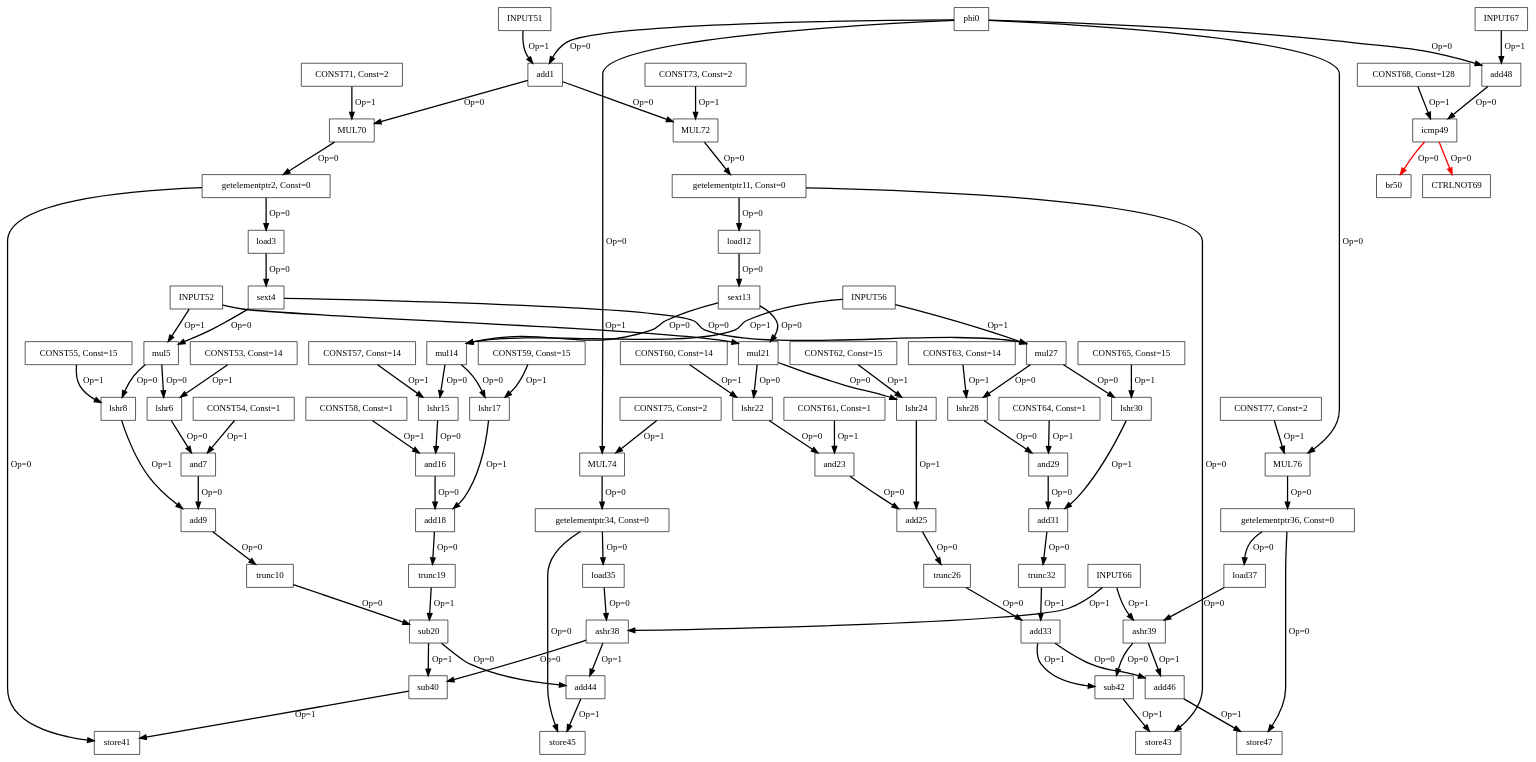
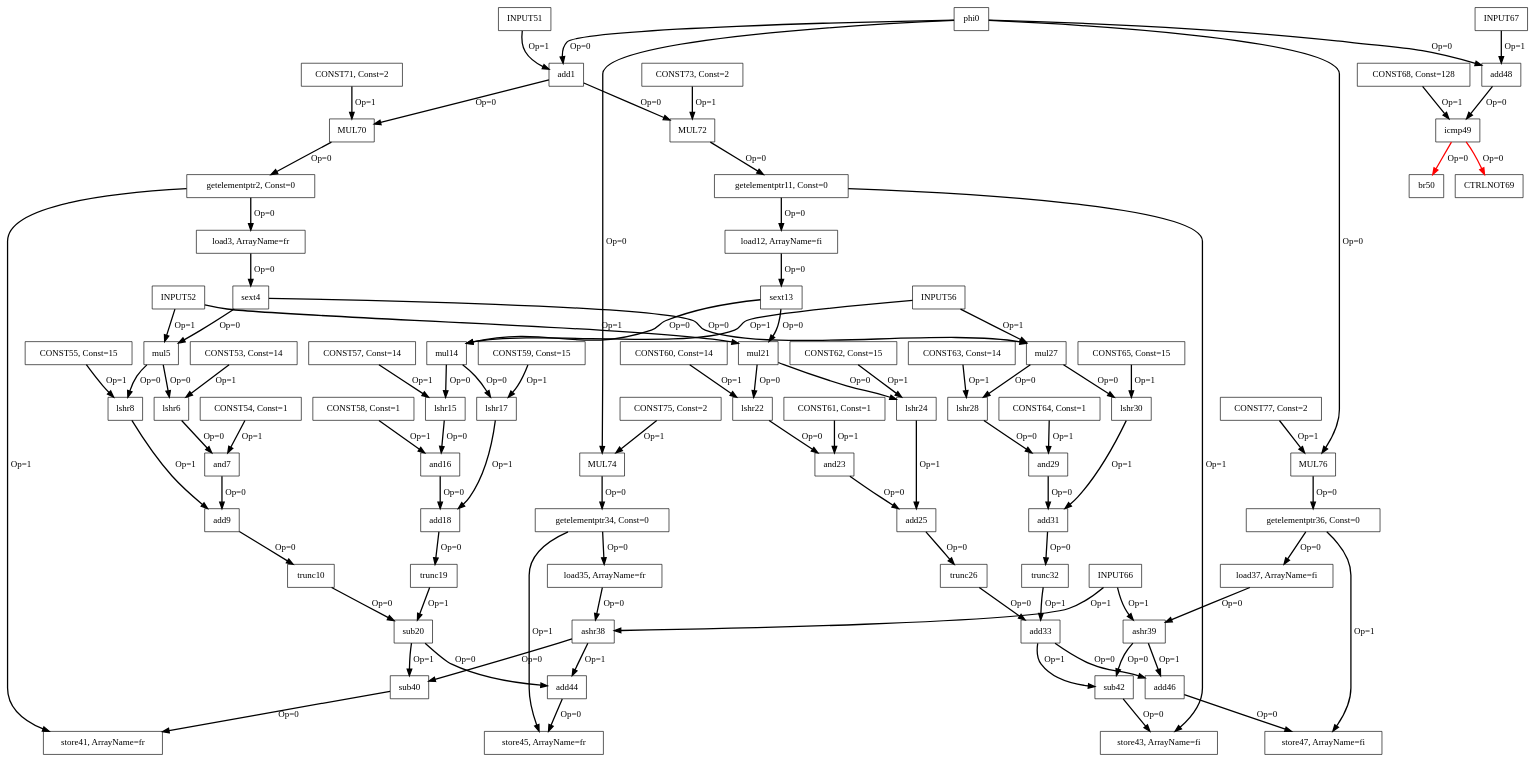
The diagram in app-compiler/applications/fft/fix_fft_INNERMOST_LN_0_0_0_after_handleGEPNodes.dot (yhqiu16/FDRA), drawn with Graphviz before and after one commit. The commit also changed 63 other files, not shown here.

```diff
--- a/app-compiler/applications/fft/fix_fft_INNERMOST_LN_0_0_0_after_handleGEPNodes.dot
+++ b/app-compiler/applications/fft/fix_fft_INNERMOST_LN_0_0_0_after_handleGEPNodes.dot
@@ -1,174 +1,174 @@
 Digraph G {
 phi0[label = "phi0", shape = box, color = black];
 add1[label = "add1", shape = box, color = black];
 getelementptr2[label = "getelementptr2, Const=0", shape = box, color = black];
-load3[label = "load3", shape = box, color = black];
+load3[label = "load3, ArrayName=fr", shape = box, color = black];
 sext4[label = "sext4", shape = box, color = black];
 mul5[label = "mul5", shape = box, color = black];
 lshr6[label = "lshr6", shape = box, color = black];
 and7[label = "and7", shape = box, color = black];
 lshr8[label = "lshr8", shape = box, color = black];
 add9[label = "add9", shape = box, color = black];
 trunc10[label = "trunc10", shape = box, color = black];
 getelementptr11[label = "getelementptr11, Const=0", shape = box, color = black];
-load12[label = "load12", shape = box, color = black];
+load12[label = "load12, ArrayName=fi", shape = box, color = black];
 sext13[label = "sext13", shape = box, color = black];
 mul14[label = "mul14", shape = box, color = black];
 lshr15[label = "lshr15", shape = box, color = black];
 and16[label = "and16", shape = box, color = black];
 lshr17[label = "lshr17", shape = box, color = black];
 add18[label = "add18", shape = box, color = black];
 trunc19[label = "trunc19", shape = box, color = black];
 sub20[label = "sub20", shape = box, color = black];
 mul21[label = "mul21", shape = box, color = black];
 lshr22[label = "lshr22", shape = box, color = black];
 and23[label = "and23", shape = box, color = black];
 lshr24[label = "lshr24", shape = box, color = black];
 add25[label = "add25", shape = box, color = black];
 trunc26[label = "trunc26", shape = box, color = black];
 mul27[label = "mul27", shape = box, color = black];
 lshr28[label = "lshr28", shape = box, color = black];
 and29[label = "and29", shape = box, color = black];
 lshr30[label = "lshr30", shape = box, color = black];
 add31[label = "add31", shape = box, color = black];
 trunc32[label = "trunc32", shape = box, color = black];
 add33[label = "add33", shape = box, color = black];
 getelementptr34[label = "getelementptr34, Const=0", shape = box, color = black];
-load35[label = "load35", shape = box, color = black];
+load35[label = "load35, ArrayName=fr", shape = box, color = black];
 getelementptr36[label = "getelementptr36, Const=0", shape = box, color = black];
-load37[label = "load37", shape = box, color = black];
+load37[label = "load37, ArrayName=fi", shape = box, color = black];
 ashr38[label = "ashr38", shape = box, color = black];
 ashr39[label = "ashr39", shape = box, color = black];
 sub40[label = "sub40", shape = box, color = black];
-store41[label = "store41", shape = box, color = black];
+store41[label = "store41, ArrayName=fr", shape = box, color = black];
 sub42[label = "sub42", shape = box, color = black];
-store43[label = "store43", shape = box, color = black];
+store43[label = "store43, ArrayName=fi", shape = box, color = black];
 add44[label = "add44", shape = box, color = black];
-store45[label = "store45", shape = box, color = black];
+store45[label = "store45, ArrayName=fr", shape = box, color = black];
 add46[label = "add46", shape = box, color = black];
-store47[label = "store47", shape = box, color = black];
+store47[label = "store47, ArrayName=fi", shape = box, color = black];
 add48[label = "add48", shape = box, color = black];
 icmp49[label = "icmp49", shape = box, color = black];
 br50[label = "br50", shape = box, color = black];
 INPUT51[label = "INPUT51", shape = box, color = black];
 INPUT52[label = "INPUT52", shape = box, color = black];
 CONST53[label = "CONST53, Const=14", shape = box, color = black];
 CONST54[label = "CONST54, Const=1", shape = box, color = black];
 CONST55[label = "CONST55, Const=15", shape = box, color = black];
 INPUT56[label = "INPUT56", shape = box, color = black];
 CONST57[label = "CONST57, Const=14", shape = box, color = black];
 CONST58[label = "CONST58, Const=1", shape = box, color = black];
 CONST59[label = "CONST59, Const=15", shape = box, color = black];
 CONST60[label = "CONST60, Const=14", shape = box, color = black];
 CONST61[label = "CONST61, Const=1", shape = box, color = black];
 CONST62[label = "CONST62, Const=15", shape = box, color = black];
 CONST63[label = "CONST63, Const=14", shape = box, color = black];
 CONST64[label = "CONST64, Const=1", shape = box, color = black];
 CONST65[label = "CONST65, Const=15", shape = box, color = black];
 INPUT66[label = "INPUT66", shape = box, color = black];
 INPUT67[label = "INPUT67", shape = box, color = black];
 CONST68[label = "CONST68, Const=128", shape = box, color = black];
 CTRLNOT69[label = "CTRLNOT69", shape = box, color = black];
 MUL70[label = "MUL70", shape = box, color = black];
 CONST71[label = "CONST71, Const=2", shape = box, color = black];
 MUL72[label = "MUL72", shape = box, color = black];
 CONST73[label = "CONST73, Const=2", shape = box, color = black];
 MUL74[label = "MUL74", shape = box, color = black];
 CONST75[label = "CONST75, Const=2", shape = box, color = black];
 MUL76[label = "MUL76", shape = box, color = black];
 CONST77[label = "CONST77, Const=2", shape = box, color = black];
 phi0 -> add48[color = black, style = bold, label = "Op=0"];
 phi0 -> add1[color = black, style = bold, label = "Op=0"];
 INPUT51 -> add1[color = black, style = bold, label = "Op=1"];
-getelementptr2 -> store41[color = black, style = bold, label = "Op=0"];
+getelementptr2 -> store41[color = black, style = bold, label = "Op=1"];
 getelementptr2 -> load3[color = black, style = bold, label = "Op=0"];
 load3 -> sext4[color = black, style = bold, label = "Op=0"];
 sext4 -> mul27[color = black, style = bold, label = "Op=0"];
 sext4 -> mul5[color = black, style = bold, label = "Op=0"];
 INPUT52 -> mul5[color = black, style = bold, label = "Op=1"];
 mul5 -> lshr8[color = black, style = bold, label = "Op=0"];
 mul5 -> lshr6[color = black, style = bold, label = "Op=0"];
 CONST53 -> lshr6[color = black, style = bold, label = "Op=1"];
 lshr6 -> and7[color = black, style = bold, label = "Op=0"];
 CONST54 -> and7[color = black, style = bold, label = "Op=1"];
 and7 -> add9[color = black, style = bold, label = "Op=0"];
 CONST55 -> lshr8[color = black, style = bold, label = "Op=1"];
 lshr8 -> add9[color = black, style = bold, label = "Op=1"];
 add9 -> trunc10[color = black, style = bold, label = "Op=0"];
 trunc10 -> sub20[color = black, style = bold, label = "Op=0"];
-getelementptr11 -> store43[color = black, style = bold, label = "Op=0"];
+getelementptr11 -> store43[color = black, style = bold, label = "Op=1"];
 getelementptr11 -> load12[color = black, style = bold, label = "Op=0"];
 load12 -> sext13[color = black, style = bold, label = "Op=0"];
 sext13 -> mul21[color = black, style = bold, label = "Op=0"];
 sext13 -> mul14[color = black, style = bold, label = "Op=0"];
 INPUT56 -> mul14[color = black, style = bold, label = "Op=1"];
 mul14 -> lshr17[color = black, style = bold, label = "Op=0"];
 mul14 -> lshr15[color = black, style = bold, label = "Op=0"];
 CONST57 -> lshr15[color = black, style = bold, label = "Op=1"];
 lshr15 -> and16[color = black, style = bold, label = "Op=0"];
 CONST58 -> and16[color = black, style = bold, label = "Op=1"];
 and16 -> add18[color = black, style = bold, label = "Op=0"];
 CONST59 -> lshr17[color = black, style = bold, label = "Op=1"];
 lshr17 -> add18[color = black, style = bold, label = "Op=1"];
 add18 -> trunc19[color = black, style = bold, label = "Op=0"];
 trunc19 -> sub20[color = black, style = bold, label = "Op=1"];
 sub20 -> add44[color = black, style = bold, label = "Op=0"];
 sub20 -> sub40[color = black, style = bold, label = "Op=1"];
 INPUT52 -> mul21[color = black, style = bold, label = "Op=1"];
 mul21 -> lshr24[color = black, style = bold, label = "Op=0"];
 mul21 -> lshr22[color = black, style = bold, label = "Op=0"];
 CONST60 -> lshr22[color = black, style = bold, label = "Op=1"];
 lshr22 -> and23[color = black, style = bold, label = "Op=0"];
 CONST61 -> and23[color = black, style = bold, label = "Op=1"];
 and23 -> add25[color = black, style = bold, label = "Op=0"];
 CONST62 -> lshr24[color = black, style = bold, label = "Op=1"];
 lshr24 -> add25[color = black, style = bold, label = "Op=1"];
 add25 -> trunc26[color = black, style = bold, label = "Op=0"];
 trunc26 -> add33[color = black, style = bold, label = "Op=0"];
 INPUT56 -> mul27[color = black, style = bold, label = "Op=1"];
 mul27 -> lshr30[color = black, style = bold, label = "Op=0"];
 mul27 -> lshr28[color = black, style = bold, label = "Op=0"];
 CONST63 -> lshr28[color = black, style = bold, label = "Op=1"];
 lshr28 -> and29[color = black, style = bold, label = "Op=0"];
 CONST64 -> and29[color = black, style = bold, label = "Op=1"];
 and29 -> add31[color = black, style = bold, label = "Op=0"];
 CONST65 -> lshr30[color = black, style = bold, label = "Op=1"];
 lshr30 -> add31[color = black, style = bold, label = "Op=1"];
 add31 -> trunc32[color = black, style = bold, label = "Op=0"];
 trunc32 -> add33[color = black, style = bold, label = "Op=1"];
 add33 -> add46[color = black, style = bold, label = "Op=0"];
 add33 -> sub42[color = black, style = bold, label = "Op=1"];
-getelementptr34 -> store45[color = black, style = bold, label = "Op=0"];
+getelementptr34 -> store45[color = black, style = bold, label = "Op=1"];
 getelementptr34 -> load35[color = black, style = bold, label = "Op=0"];
 load35 -> ashr38[color = black, style = bold, label = "Op=0"];
-getelementptr36 -> store47[color = black, style = bold, label = "Op=0"];
+getelementptr36 -> store47[color = black, style = bold, label = "Op=1"];
 getelementptr36 -> load37[color = black, style = bold, label = "Op=0"];
 load37 -> ashr39[color = black, style = bold, label = "Op=0"];
 INPUT66 -> ashr38[color = black, style = bold, label = "Op=1"];
 ashr38 -> add44[color = black, style = bold, label = "Op=1"];
 ashr38 -> sub40[color = black, style = bold, label = "Op=0"];
 INPUT66 -> ashr39[color = black, style = bold, label = "Op=1"];
 ashr39 -> add46[color = black, style = bold, label = "Op=1"];
 ashr39 -> sub42[color = black, style = bold, label = "Op=0"];
-sub40 -> store41[color = black, style = bold, label = "Op=1"];
-sub42 -> store43[color = black, style = bold, label = "Op=1"];
-add44 -> store45[color = black, style = bold, label = "Op=1"];
-add46 -> store47[color = black, style = bold, label = "Op=1"];
+sub40 -> store41[color = black, style = bold, label = "Op=0"];
+sub42 -> store43[color = black, style = bold, label = "Op=0"];
+add44 -> store45[color = black, style = bold, label = "Op=0"];
+add46 -> store47[color = black, style = bold, label = "Op=0"];
 INPUT67 -> add48[color = black, style = bold, label = "Op=1"];
 add48 -> icmp49[color = black, style = bold, label = "Op=0"];
 CONST68 -> icmp49[color = black, style = bold, label = "Op=1"];
 icmp49 -> br50[color = red, style = bold, label = "Op=0"];
 icmp49 -> CTRLNOT69[color = red, style = bold, label = "Op=0"];
 add1 -> MUL70[color = black, style = bold, label = "Op=0"];
 CONST71 -> MUL70[color = black, style = bold, label = "Op=1"];
 MUL70 -> getelementptr2[color = black, style = bold, label = "Op=0"];
 add1 -> MUL72[color = black, style = bold, label = "Op=0"];
 CONST73 -> MUL72[color = black, style = bold, label = "Op=1"];
 MUL72 -> getelementptr11[color = black, style = bold, label = "Op=0"];
 phi0 -> MUL74[color = black, style = bold, label = "Op=0"];
 CONST75 -> MUL74[color = black, style = bold, label = "Op=1"];
 MUL74 -> getelementptr34[color = black, style = bold, label = "Op=0"];
 phi0 -> MUL76[color = black, style = bold, label = "Op=0"];
 CONST77 -> MUL76[color = black, style = bold, label = "Op=1"];
 MUL76 -> getelementptr36[color = black, style = bold, label = "Op=0"];
 }
```
